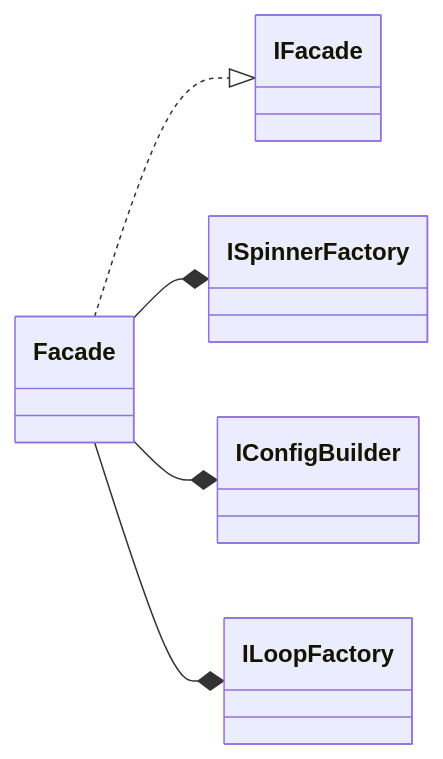
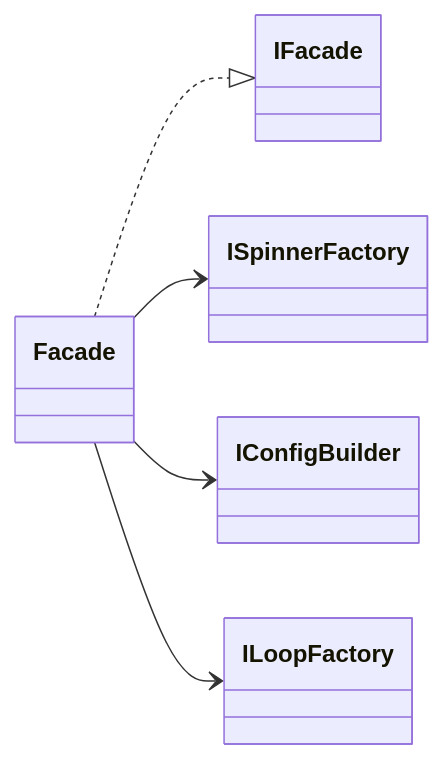
Before and after one commit to alecrabbit/php-console-spinner: the diagram in doc/info/hierarchy/Facade.md, drawn with Mermaid. The commit also changed other lines of this file and 14 other files, not shown here.

````diff
--- a/doc/info/hierarchy/Facade.md
+++ b/doc/info/hierarchy/Facade.md
@@ -4,8 +4,8 @@
 ```mermaid
 classDiagram
 direction LR
 Facade ..|> IFacade
-Facade --* ISpinnerFactory
-Facade --* IConfigBuilder
-Facade --* ILoopFactory
+Facade --> ISpinnerFactory
+Facade --> IConfigBuilder
+Facade --> ILoopFactory
 ```
````
